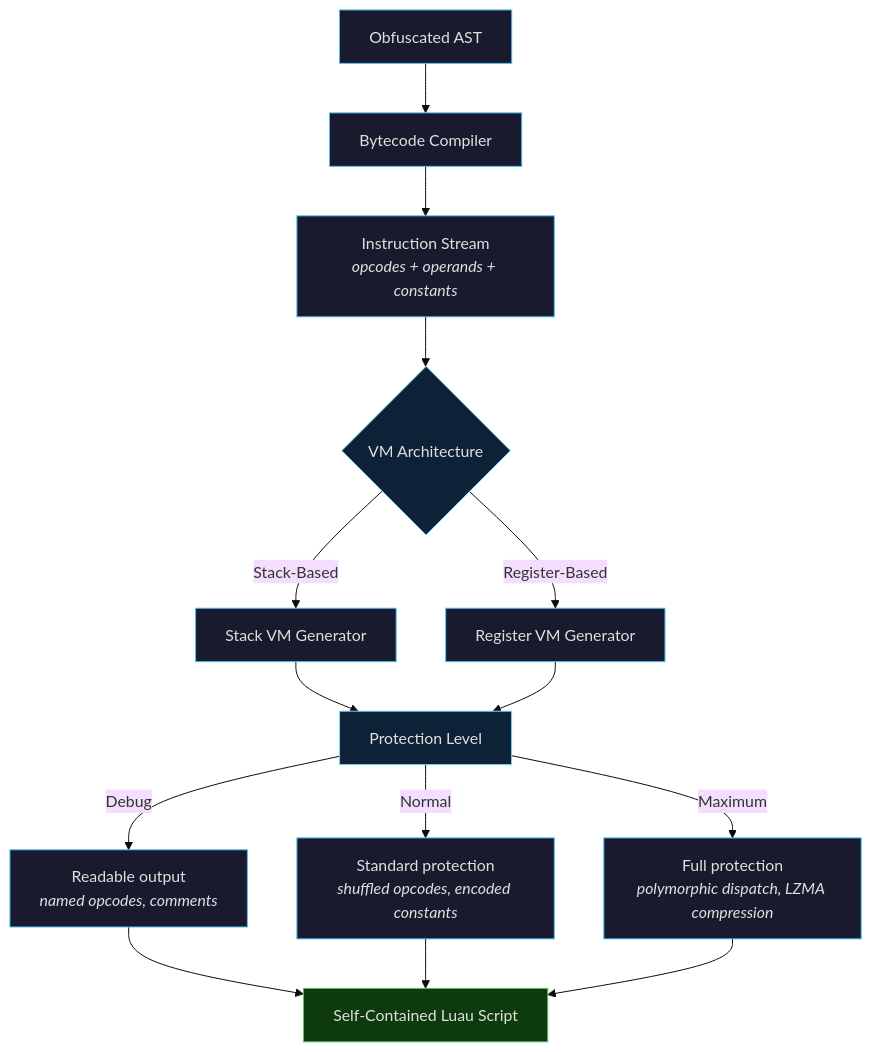
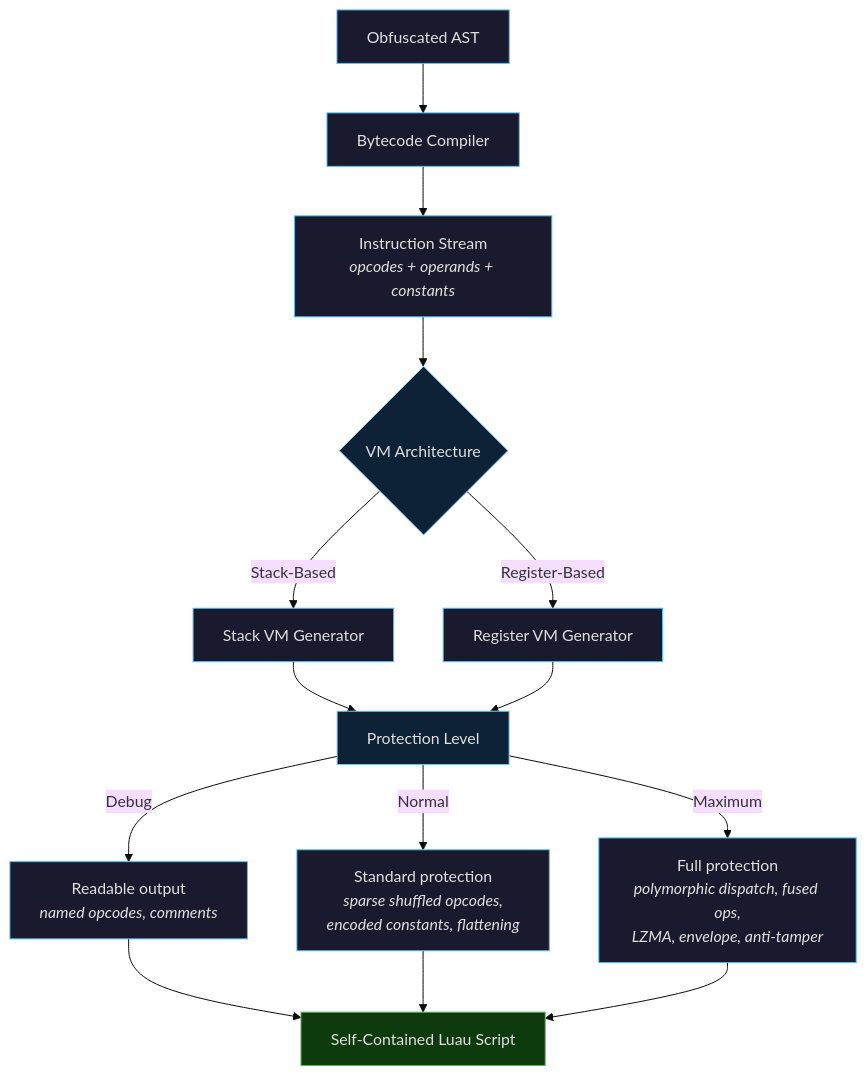
Before and after one commit to QuantumXternal/Quantum-Obfuscator-LUA-LUAU: the second of 3 diagrams in README.md, drawn with Mermaid (base theme). The commit also changed other lines of this file and 4 other files, not shown here.

````diff
--- a/README.md
+++ b/README.md
@@ -92,32 +117,32 @@
 ```mermaid
 graph TD
     A["Obfuscated AST"] --> B["Bytecode Compiler"]
     B --> C["Instruction Stream<br/><i>opcodes + operands + constants</i>"]
     C --> D{"VM Architecture"}
-    
+
     D -->|"Stack-Based"| E["Stack VM Generator"]
     D -->|"Register-Based"| F["Register VM Generator"]
-    
+
     E --> G["Protection Level"]
     F --> G
-    
+
     G -->|"Debug"| H["Readable output<br/><i>named opcodes, comments</i>"]
-    G -->|"Normal"| I["Standard protection<br/><i>shuffled opcodes, encoded constants</i>"]
-    G -->|"Maximum"| J["Full protection<br/><i>polymorphic dispatch, LZMA compression</i>"]
-    
+    G -->|"Normal"| I["Standard protection<br/><i>sparse shuffled opcodes,<br/>encoded constants, flattening</i>"]
+    G -->|"Maximum"| J["Full protection<br/><i>polymorphic dispatch, fused ops,<br/>LZMA, envelope, anti-tamper</i>"]
+
     H --> K["Self-Contained Luau Script"]
     I --> K
     J --> K
 
     style A fill:#1a1a2e,stroke:#4fc3f7,color:#e0e0e0
     style B fill:#1a1a2e,stroke:#4fc3f7,color:#e0e0e0
     style C fill:#1a1a2e,stroke:#4fc3f7,color:#e0e0e0
     style D fill:#0d2137,stroke:#81d4fa,color:#e0e0e0
     style E fill:#1a1a2e,stroke:#4fc3f7,color:#e0e0e0
     style F fill:#1a1a2e,stroke:#4fc3f7,color:#e0e0e0
     style G fill:#0d2137,stroke:#81d4fa,color:#e0e0e0
     style H fill:#1a1a2e,stroke:#4fc3f7,color:#e0e0e0
     style I fill:#1a1a2e,stroke:#4fc3f7,color:#e0e0e0
     style J fill:#1a1a2e,stroke:#4fc3f7,color:#e0e0e0
     style K fill:#0d3b0d,stroke:#66bb6a,color:#e0e0e0
 ```
````
